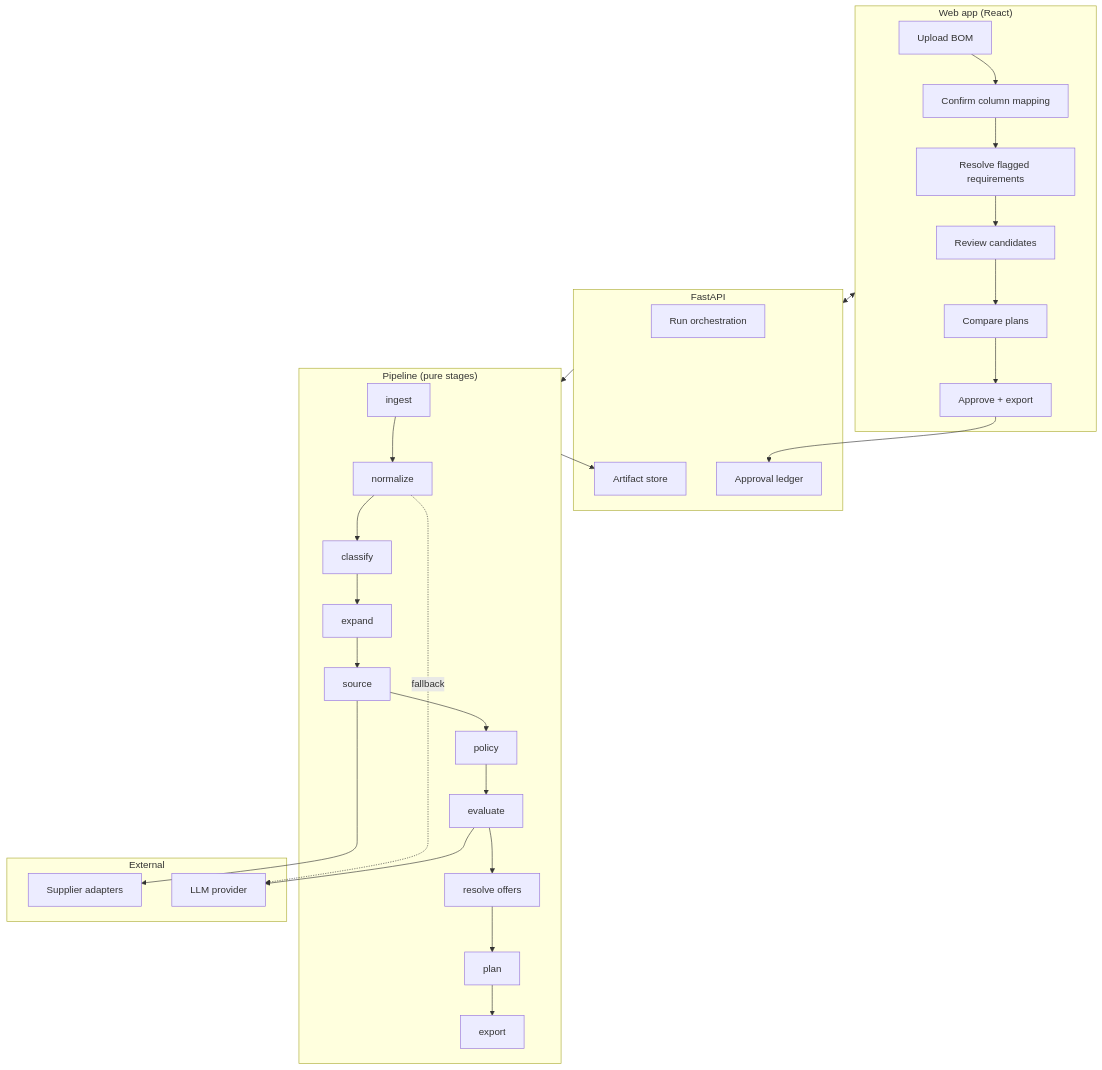
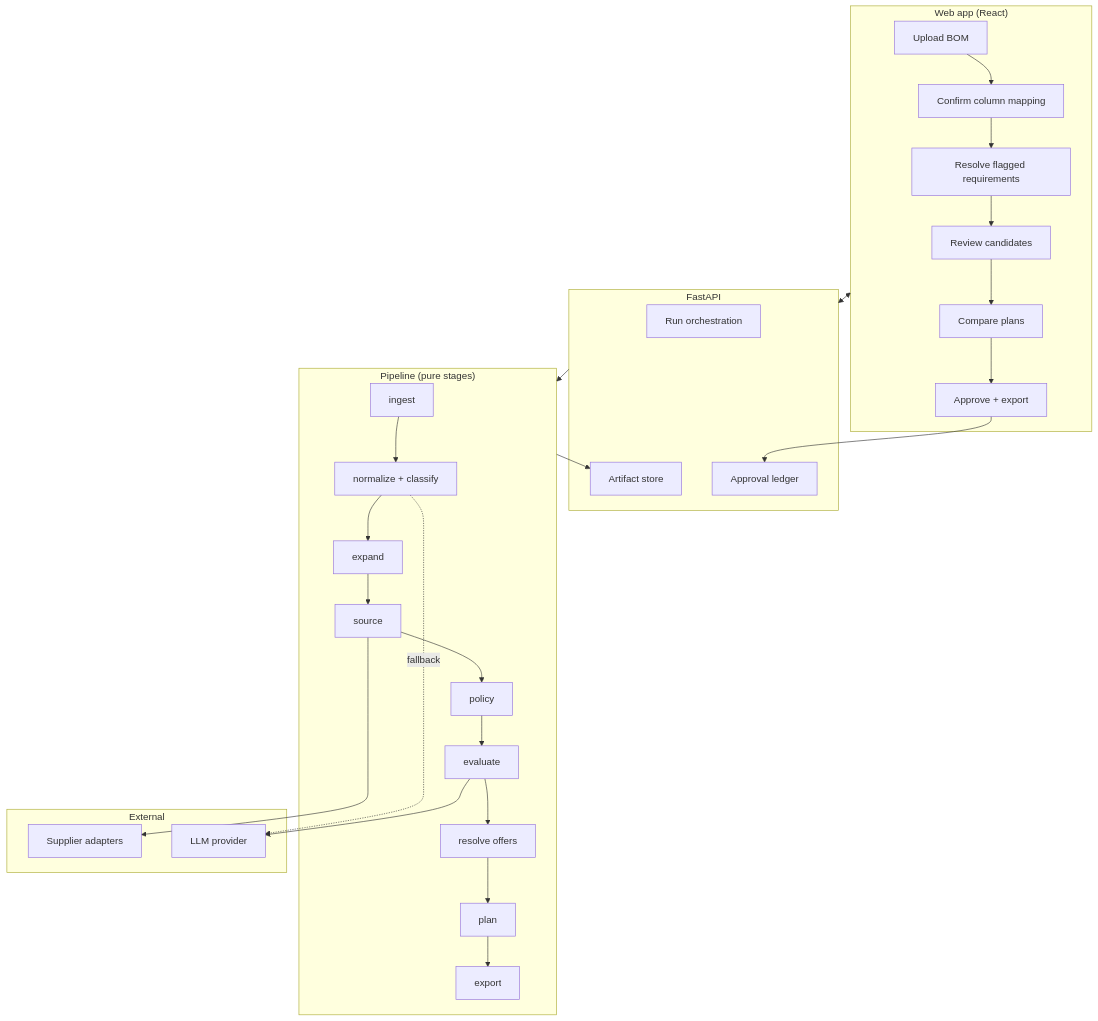
Before and after one commit to PedroQuelhasZuhlke/Ai-Workshop: the diagram in docs/architecture.md, drawn with Mermaid. The commit also changed other lines of this file and 29 other files, not shown here.

````diff
--- a/docs/architecture.md
+++ b/docs/architecture.md
@@ -5,41 +5,40 @@
 ```mermaid
 flowchart TB
     subgraph UI["Web app (React)"]
         U1[Upload BOM] --> U2[Confirm column mapping]
         U2 --> U3[Resolve flagged requirements]
         U3 --> U4[Review candidates]
         U4 --> U5[Compare plans]
         U5 --> U6[Approve + export]
     end
 
     subgraph API["FastAPI"]
         A1[Run orchestration]
         A2[Artifact store]
         A3[Approval ledger]
     end
 
     subgraph PIPE["Pipeline (pure stages)"]
-        P1[ingest] --> P2[normalize]
-        P2 --> P3[classify]
-        P3 --> P4[expand]
+        P1[ingest] --> P2[normalize + classify]
+        P2 --> P4[expand]
         P4 --> P5[source]
         P5 --> P6[policy]
         P6 --> P7[evaluate]
         P7 --> P8[resolve offers]
         P8 --> P9[plan]
         P9 --> P10[export]
     end
 
     subgraph EXT["External"]
         S1[Supplier adapters]
         S2[LLM provider]
     end
 
     UI <--> API
     API --> PIPE
     P5 --> S1
     P2 -.fallback.-> S2
     P7 --> S2
     PIPE --> A2
     U6 --> A3
 ```
````
